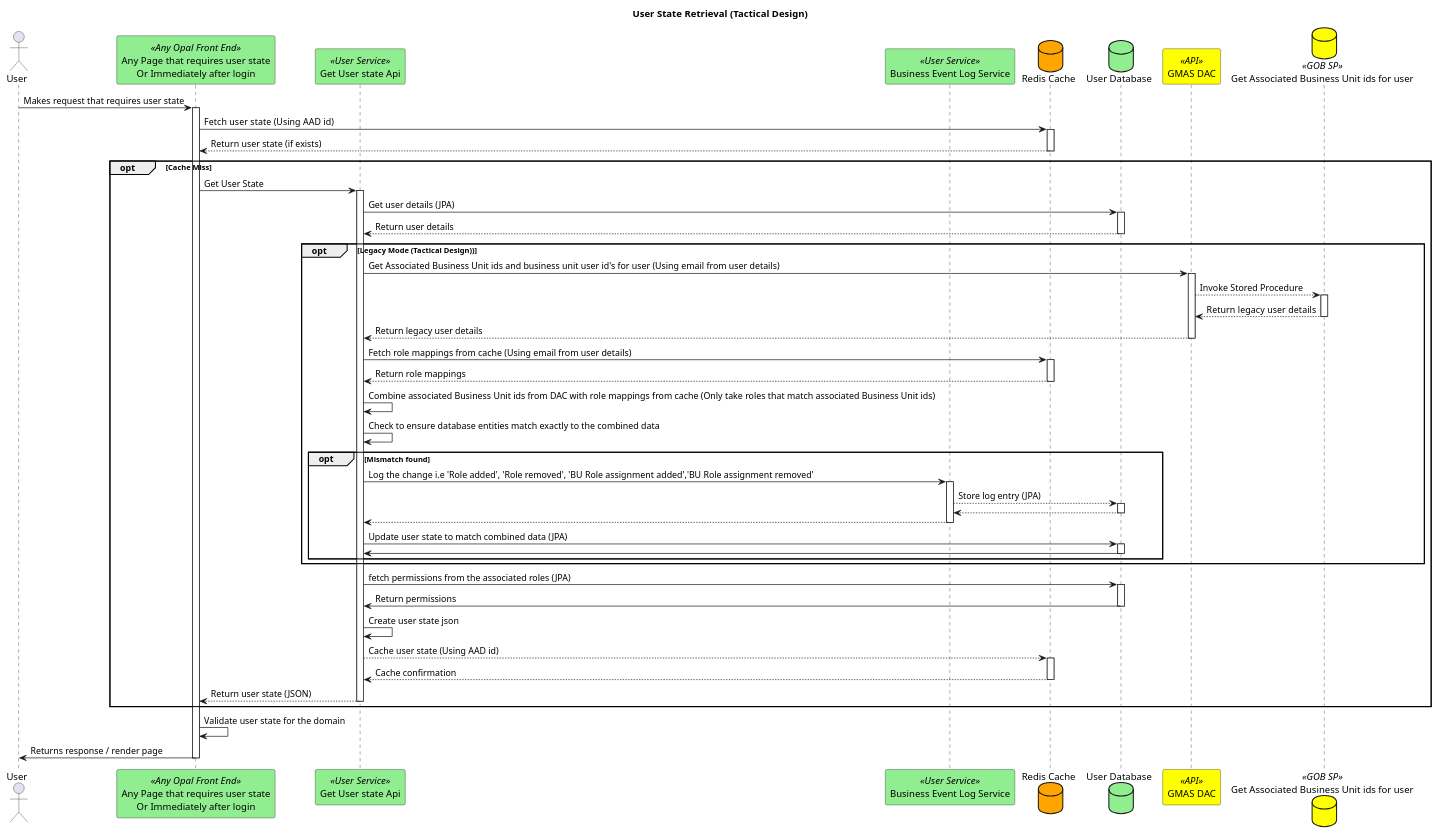
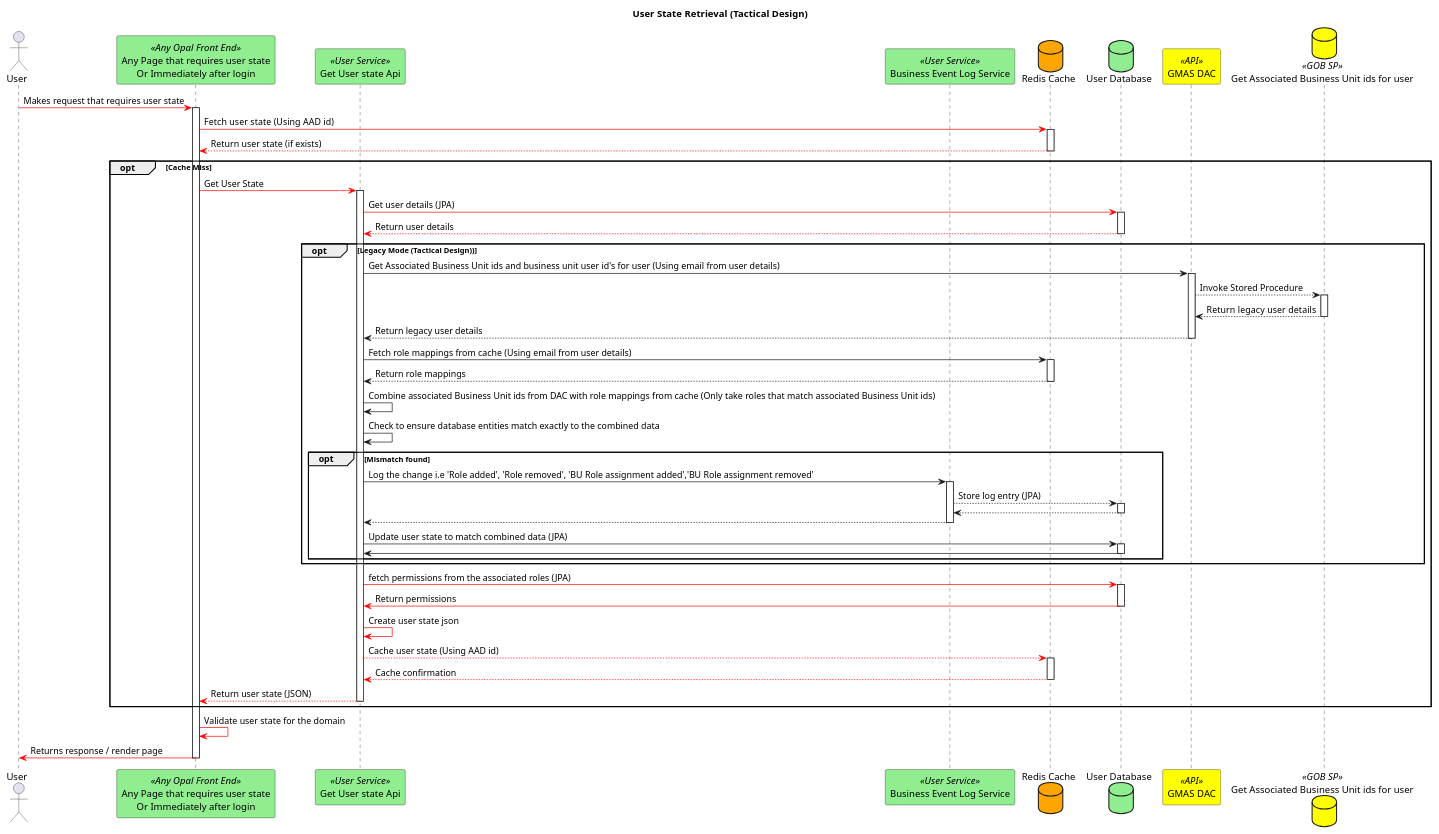
Before and after one commit to hmcts/opal-docs: the diagram in plantUML/user-management/get-user-state-tactical.puml, drawn with PlantUML. The commit also changed 2 other files, not shown here.

```diff
--- a/plantUML/user-management/get-user-state-tactical.puml
+++ b/plantUML/user-management/get-user-state-tactical.puml
@@ -1,61 +1,61 @@
 @startuml
 title User State Retrieval (Tactical Design)
 
 actor "User" as user
 
 participant "Any Page that requires user state\nOr Immediately after login" as anyService <<Any Opal Front End>> #lightgreen
 participant "Get User state Api" as userStateApi <<User Service>> #lightgreen
 participant "Business Event Log Service" as businessEventLogService <<User Service>> #lightgreen
 
 
 database "Redis Cache" as redis #orange
 database "User Database" as db #lightgreen
 
 participant "GMAS DAC" as gmasDac <<API>> #yellow
 database "Get Associated Business Unit ids for user" as getAssociatedBusinessUNitIdsForUser <<GOB SP>> #yellow
 
 
 
-user -> anyService ++ : Makes request that requires user state
-anyService -> redis ++: Fetch user state  (Using AAD id)
-redis --> anyService --: Return user state (if exists)
+user -[#red]> anyService ++ : Makes request that requires user state
+anyService -[#red]> redis ++: Fetch user state  (Using AAD id)
+redis -[#red]-> anyService --: Return user state (if exists)
 
 opt Cache Miss
-anyService -> userStateApi ++ : Get User State
-userStateApi -> db ++ : Get user details (JPA)
-db --> userStateApi --: Return user details
+anyService -[#red]> userStateApi ++ : Get User State
+userStateApi -[#red]> db ++ : Get user details (JPA)
+db -[#red]-> userStateApi --: Return user details
 
 opt Legacy Mode (Tactical Design))
 userStateApi -> gmasDac ++ : Get Associated Business Unit ids and business unit user id's for user (Using email from user details)
 gmasDac --> getAssociatedBusinessUNitIdsForUser ++ : Invoke Stored Procedure
 getAssociatedBusinessUNitIdsForUser --> gmasDac -- : Return legacy  user details
 gmasDac --> userStateApi -- : Return legacy user details
 userStateApi -> redis ++ : Fetch role mappings from cache (Using email from user details)
 redis --> userStateApi -- : Return role mappings
 
 userStateApi -> userStateApi : Combine associated Business Unit ids from DAC with role mappings from cache (Only take roles that match associated Business Unit ids)
 userStateApi -> userStateApi : Check to ensure database entities match exactly to the combined data
 opt Mismatch found
     userStateApi -> businessEventLogService ++: Log the change i.e 'Role added', 'Role removed', 'BU Role assignment added','BU Role assignment removed'
     businessEventLogService --> db ++ : Store log entry (JPA)
     db --> businessEventLogService --
     businessEventLogService --> userStateApi --
     userStateApi -> db ++: Update user state to match combined data (JPA)
     db -> userStateApi --
 end
 end
 
-userStateApi -> db ++ : fetch permissions from the associated roles (JPA)
-db -> userStateApi -- : Return permissions
-userStateApi -> userStateApi: Create user state json
+userStateApi -[#red]> db ++ : fetch permissions from the associated roles (JPA)
+db -[#red]> userStateApi -- : Return permissions
+userStateApi -[#red]> userStateApi: Create user state json
 
-userStateApi --> redis ++: Cache user state (Using AAD id)
-redis --> userStateApi : Cache confirmation
+userStateApi -[#red]-> redis ++: Cache user state (Using AAD id)
+redis -[#red]-> userStateApi : Cache confirmation
 deactivate redis
-userStateApi --> anyService : Return user state (JSON)
+userStateApi -[#red]-> anyService : Return user state (JSON)
 deactivate userStateApi
 end
 
-anyService -> anyService : Validate user state for the domain
-anyService -> user  -- : Returns response / render page
+anyService -[#red]> anyService : Validate user state for the domain
+anyService -[#red]> user  -- : Returns response / render page
 @enduml
```
